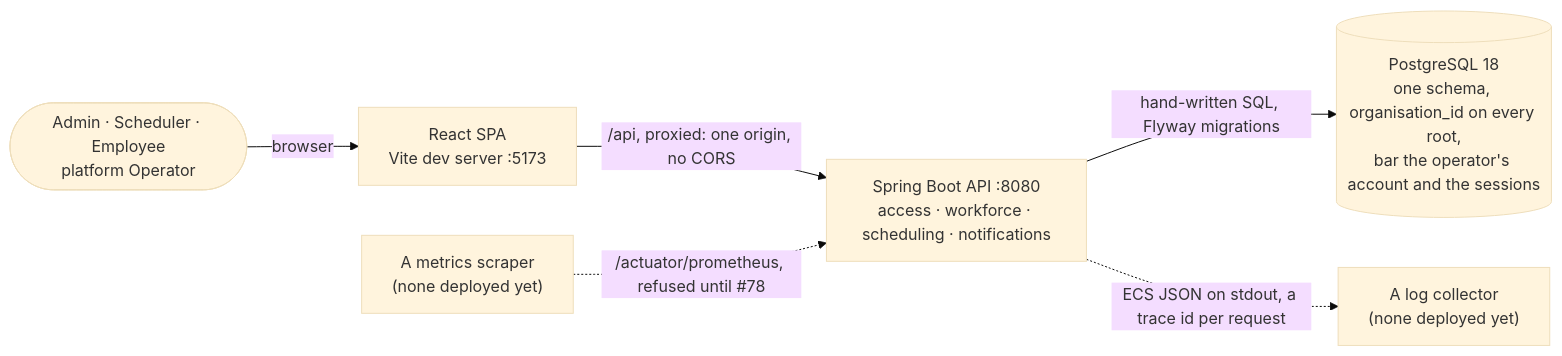
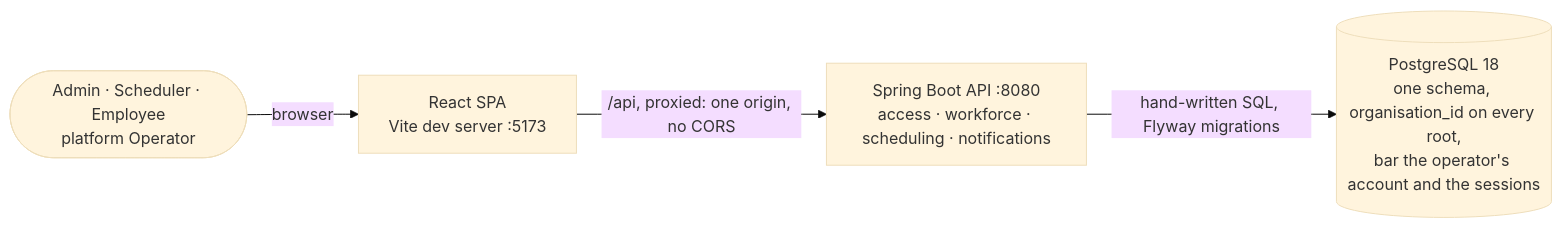
The first of 2 diagrams in README.md (NaimElijah/HrSched), drawn with Mermaid (base theme) before and after one commit. The commit also changed other lines of this file, not shown here.

````diff
--- a/README.md
+++ b/README.md
@@ -17,15 +17,11 @@
 ```mermaid
 flowchart LR
     people(["Admin · Scheduler · Employee<br/>platform Operator"])
     spa["React SPA<br/>Vite dev server :5173"]
     api["Spring Boot API :8080<br/>access · workforce · scheduling · notifications"]
     db[("PostgreSQL 18<br/>one schema, organisation_id on every root,<br/>bar the operator's account and the sessions")]
-    scraper["A metrics scraper<br/>(none deployed yet)"]
-    logs["A log collector<br/>(none deployed yet)"]
 
     people -->|browser| spa
     spa -->|"/api, proxied: one origin, no CORS"| api
     api -->|"hand-written SQL, Flyway migrations"| db
-    scraper -.->|"/actuator/prometheus, refused until #78"| api
-    api -.->|"ECS JSON on stdout, a trace id per request"| logs
 ```
````
